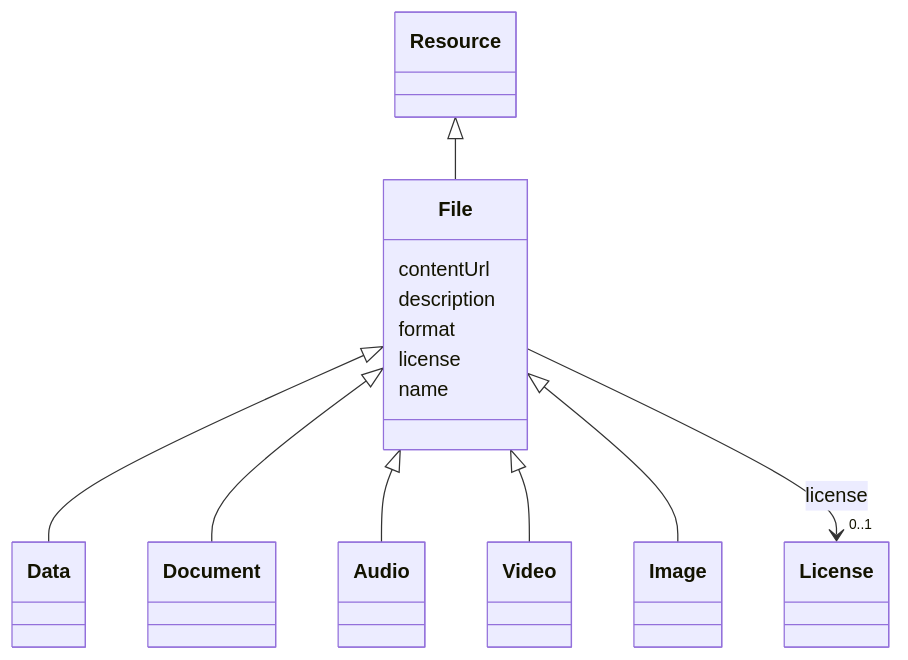
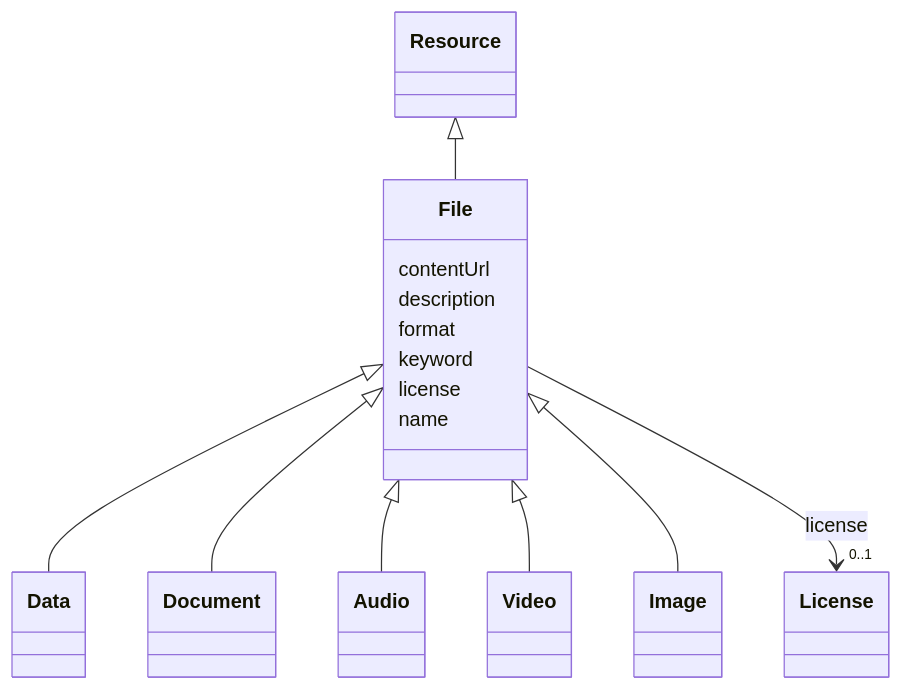
The diagram in models/docs/File.md (EVORA-project/evora-ontology), drawn with Mermaid before and after one commit. The commit also changed other lines of this file and 402 other files, not shown here.

````diff
--- a/models/docs/File.md
+++ b/models/docs/File.md
@@ -21,39 +21,41 @@
 ```mermaid
  classDiagram
     class File
     click File href "../File"
       Resource <|-- File
         click Resource href "../Resource"
       
 
       File <|-- Data
         click Data href "../Data"
       File <|-- Document
         click Document href "../Document"
       File <|-- Audio
         click Audio href "../Audio"
       File <|-- Video
         click Video href "../Video"
       File <|-- Image
         click Image href "../Image"
       
       
       File : contentUrl
         
       File : description
         
       File : format
         
+      File : keyword
+        
       File : license
         
           
     
     
     File --> "0..1" License : license
     click License href "../License"
 
         
       File : name
         
       
 ```
````
